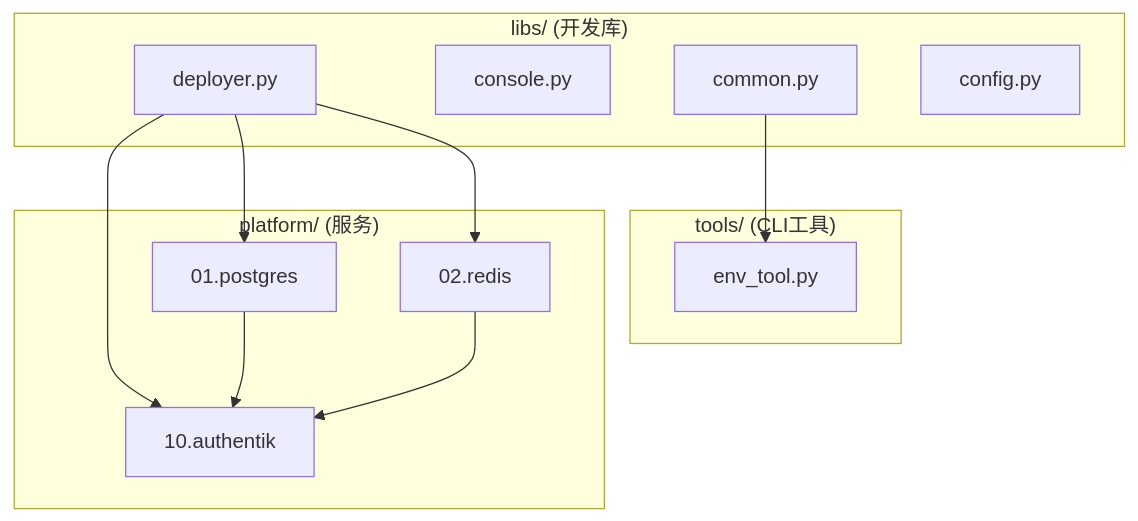
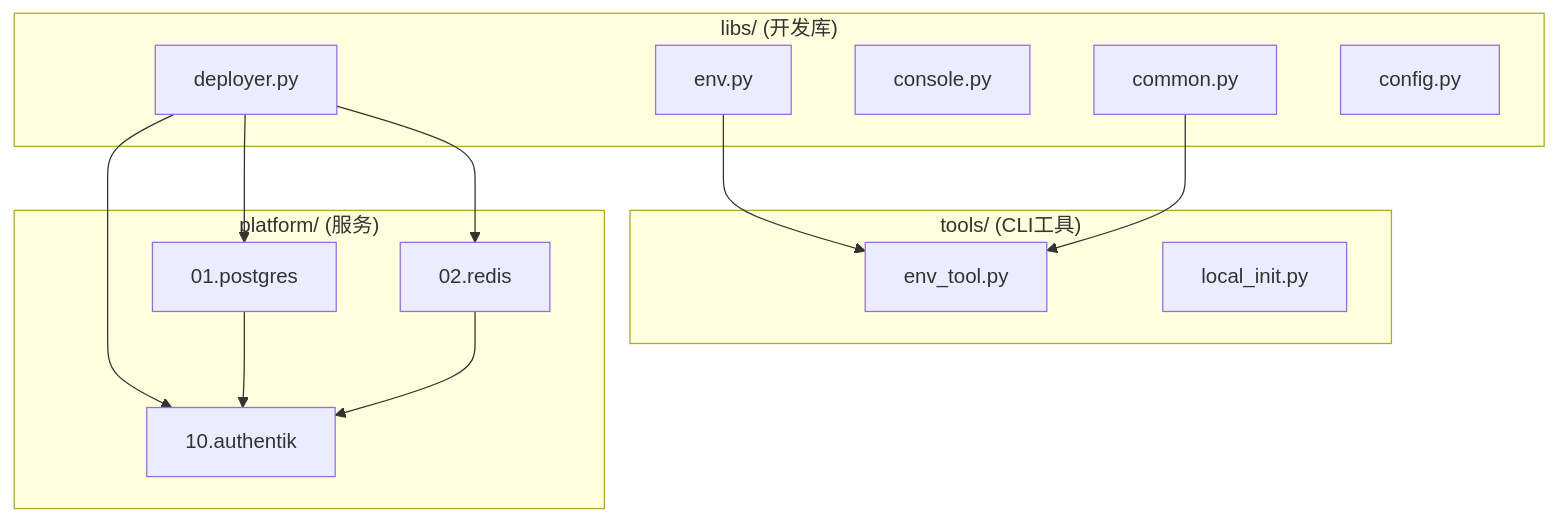
One commit to wangzitian0/infra2 changed the diagram in docs/ssot/platform.automation.md. Above: the diagram before and after it, drawn with Mermaid. The commit also changed other lines of this file and 34 other files, not shown here.

````diff
--- a/docs/ssot/platform.automation.md
+++ b/docs/ssot/platform.automation.md
@@ -30,26 +30,29 @@
 ```mermaid
 flowchart TB
     subgraph Libs["libs/ (开发库)"]
+        Env[env.py]
         Common[common.py]
         Console[console.py]
         Deployer[deployer.py]
         Config[config.py]
     end
     
     subgraph Tools["tools/ (CLI工具)"]
         EnvTool[env_tool.py]
+        LocalInit[local_init.py]
     end
     
     subgraph Platform["platform/ (服务)"]
         PG[01.postgres]
         RD[02.redis]
         AUTH[10.authentik]
     end
     
     Deployer --> PG
     Deployer --> RD
     Deployer --> AUTH
+    Env --> EnvTool
     Common --> EnvTool
     PG --> AUTH
     RD --> AUTH
 ```
````
